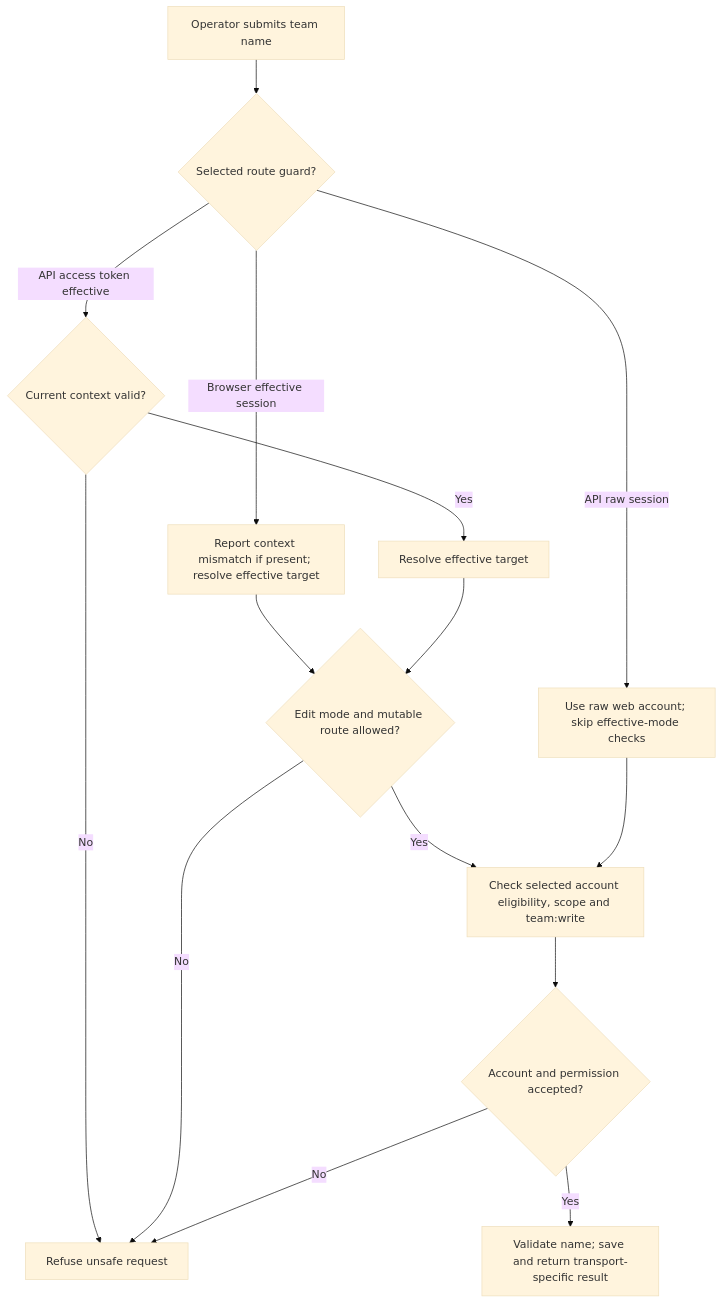
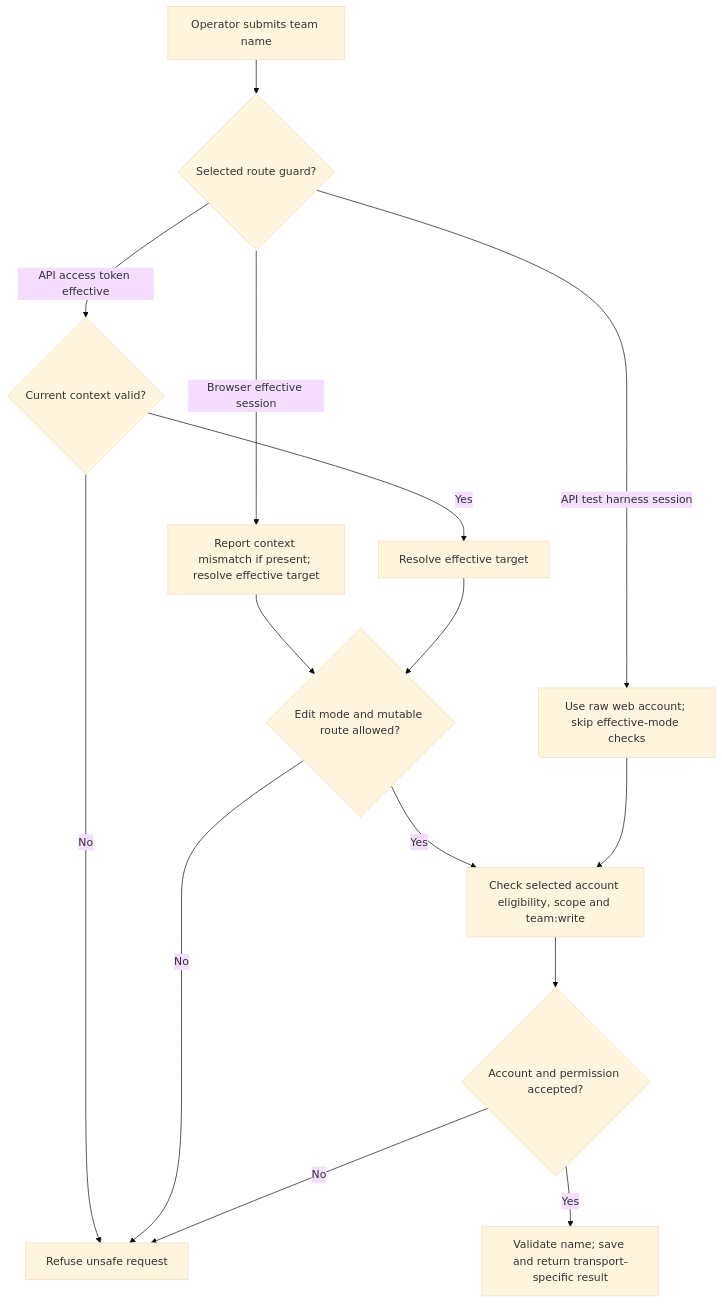
The first of 2 diagrams in user-stories/support/us-masq-03-rename-team-as-target.md (Kevinjohn/oss-adonisjs-starter-examples), drawn with Mermaid (base theme) before and after one commit. The commit also changed other lines of this file and 9 other files, not shown here.

````diff
--- a/user-stories/support/us-masq-03-rename-team-as-target.md
+++ b/user-stories/support/us-masq-03-rename-team-as-target.md
@@ -28,17 +28,17 @@
 ```mermaid
 flowchart TD
     A["Operator submits team name"] --> B{"Selected route guard?"}
     B -->|Browser effective session| C["Report context mismatch if present; resolve effective target"]
     B -->|API access token effective| D{"Current context valid?"}
-    B -->|API raw session| E["Use raw web account; skip effective-mode checks"]
+    B -->|API test harness session| E["Use raw web account; skip effective-mode checks"]
     D -->|No| F["Refuse unsafe request"]
     D -->|Yes| G["Resolve effective target"]
     C --> H{"Edit mode and mutable route allowed?"}
     G --> H
     H -->|No| F
     H -->|Yes| I["Check selected account eligibility, scope and team:write"]
     E --> I
     I --> J{"Account and permission accepted?"}
     J -->|No| F
     J -->|Yes| K["Validate name; save and return transport-specific result"]
 ```
````
